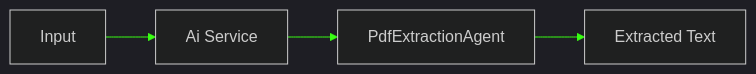
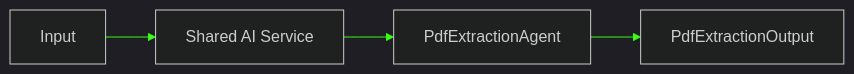
Before and after one commit to matheusdiamantino-betalent/questions-ai: the diagram in PR 44 — Fase 2: Especialização Inicial de Resposta por Intenção nos Content Agents.md, drawn with Mermaid. The commit also changed other lines of this file, not shown here.

````diff
--- a/PR 44 — Fase 2: Especialização Inicial de Resposta por Intenção nos Content Agents.md
+++ b/PR 44 — Fase 2: Especialização Inicial de Resposta por Intenção nos Content Agents.md
@@ -97,12 +102,14 @@
 ```mermaid
 %%{init: {'theme':'dark','themeVariables':{
   'primaryColor':'#0f172a',
   'primaryTextColor':'#e5e7eb',
   'primaryBorderColor':'#22d3ee',
-  'lineColor':'#39ff14'
+  'lineColor':'#39ff14',
+  'secondaryColor':'#111827',
+  'tertiaryColor':'#020617'
 }}}%%
 flowchart LR
-    A["Input"] --> B["Ai Service"]
+    A["Input"] --> B["Shared AI Service"]
     B --> C["PdfExtractionAgent"]
-    C --> D["Extracted Text"]
+    C --> D["PdfExtractionOutput"]
 ```
````
